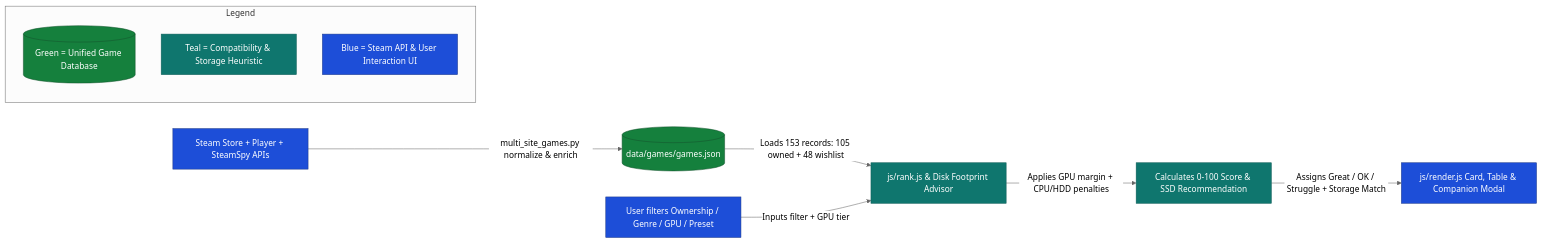
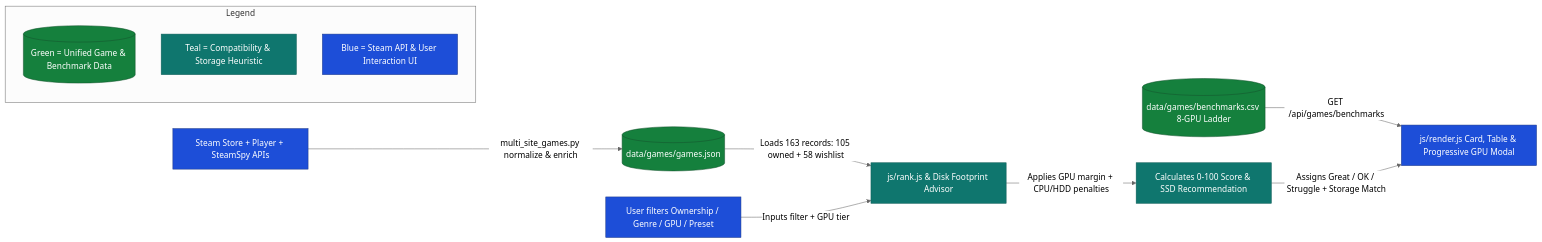
Before and after one commit to Mostakim2005/database-manager: the third of 12 diagrams in docs/ARCHITECTURE.md, drawn with Mermaid (neutral theme). The commit also changed other lines of this file and 35 other files, not shown here.

Commit message:
feat: add GitHub live progress & local sync, CLIProxyAPI AI assistant, cross-domain nav, and 13 games x 8 GPUs benchmarks

````diff
--- a/docs/ARCHITECTURE.md
+++ b/docs/ARCHITECTURE.md
@@ -115,19 +115,20 @@
 ```mermaid
 flowchart LR
     %% Color Definitions
     classDef startNode fill:#1d4ed8,stroke:#1e3a8a,color:#ffffff
     classDef processNode fill:#0f766e,stroke:#115e59,color:#ffffff
     classDef dataNode fill:#15803d,stroke:#14532d,color:#ffffff
 
     S0[Steam Store + Player + SteamSpy APIs]:::startNode -->|multi_site_games.py normalize & enrich| G1[(data/games/games.json)]:::dataNode
-    G1 -->|Loads 153 records: 105 owned + 48 wishlist| G2[js/rank.js & Disk Footprint Advisor]:::processNode
+    B0[(data/games/benchmarks.csv 8-GPU Ladder)]:::dataNode -->|GET /api/games/benchmarks| G5
+    G1 -->|Loads 163 records: 105 owned + 58 wishlist| G2[js/rank.js & Disk Footprint Advisor]:::processNode
     G3[User filters Ownership / Genre / GPU / Preset]:::startNode -->|Inputs filter + GPU tier| G2
     G2 -->|Applies GPU margin + CPU/HDD penalties| G4[Calculates 0-100 Score & SSD Recommendation]:::processNode
-    G4 -->|Assigns Great / OK / Struggle + Storage Match| G5[js/render.js Card, Table & Companion Modal]:::startNode
+    G4 -->|Assigns Great / OK / Struggle + Storage Match| G5[js/render.js Card, Table & Progressive GPU Modal]:::startNode
 
     subgraph Legend["Legend"]
-        L1[(Green = Unified Game Database)]:::dataNode
+        L1[(Green = Unified Game & Benchmark Data)]:::dataNode
         L2[Teal = Compatibility & Storage Heuristic]:::processNode
         L3[Blue = Steam API & User Interaction UI]:::startNode
     end
 ```
````
